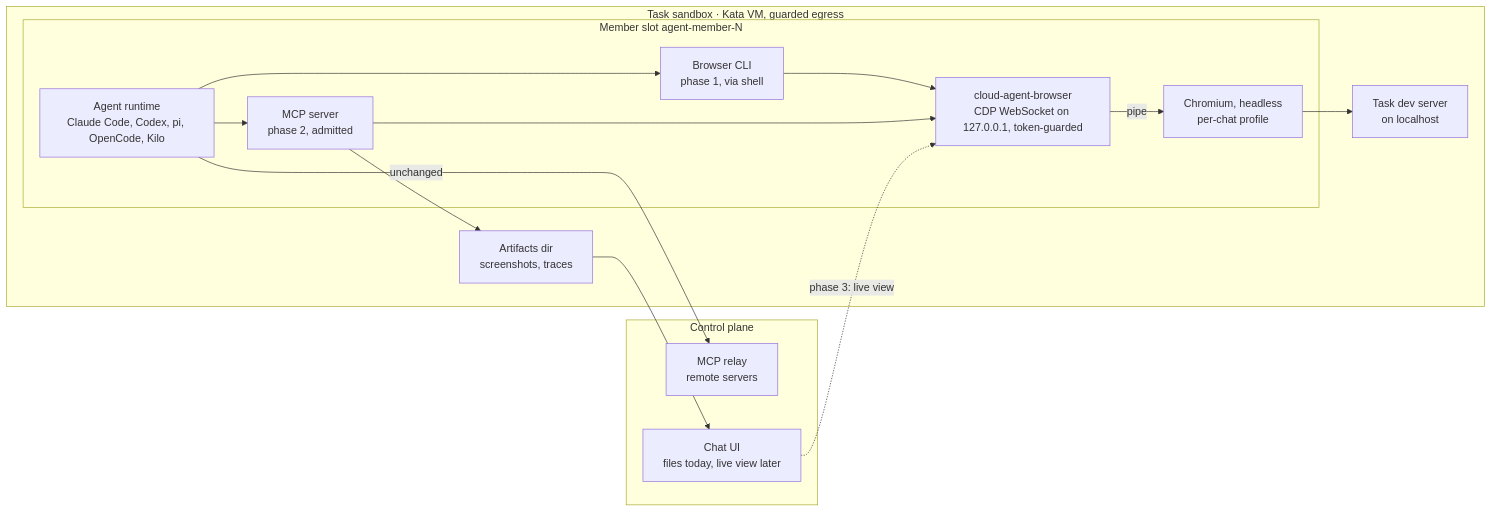
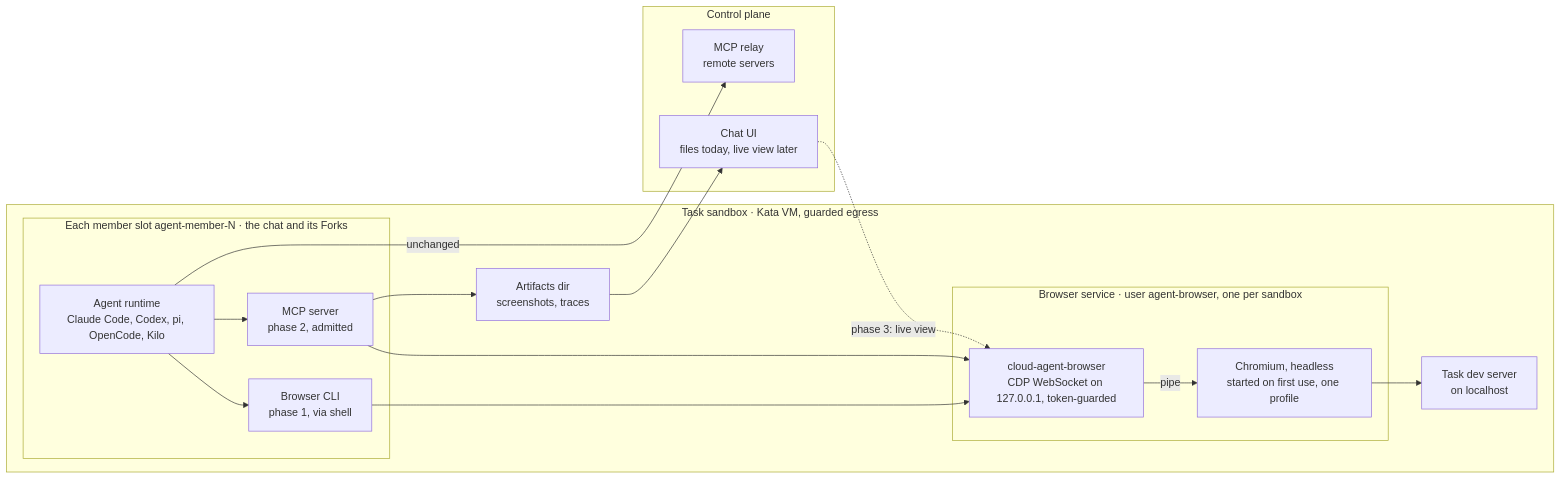
One commit to HarvardMadSys/hybridInference-cloud-agent changed the first of 2 diagrams in docs/agents/specs/2026-11-02-computer-use-base-capability.md. Above: the diagram before and after it, drawn with Mermaid. The commit also changed other lines of this file and 14 other files, not shown here.

````diff
--- a/docs/agents/specs/2026-11-02-computer-use-base-capability.md
+++ b/docs/agents/specs/2026-11-02-computer-use-base-capability.md
@@ -114,28 +114,30 @@
 ```mermaid
 flowchart LR
     subgraph CP["Control plane"]
         relay["MCP relay<br/>remote servers"]
         ui["Chat UI<br/>files today, live view later"]
     end
     subgraph SB["Task sandbox · Kata VM, guarded egress"]
-        subgraph M["Member slot agent-member-N"]
+        subgraph M["Each member slot agent-member-N · the chat and its Forks"]
             rt["Agent runtime<br/>Claude Code, Codex, pi, OpenCode, Kilo"]
             cli["Browser CLI<br/>phase 1, via shell"]
             mcp["MCP server<br/>phase 2, admitted"]
+        end
+        subgraph B["Browser service · user agent-browser, one per sandbox"]
             launcher["cloud-agent-browser<br/>CDP WebSocket on 127.0.0.1, token-guarded"]
-            chrome["Chromium, headless<br/>per-chat profile"]
+            chrome["Chromium, headless<br/>started on first use, one profile"]
         end
         art["Artifacts dir<br/>screenshots, traces"]
         dev["Task dev server<br/>on localhost"]
     end
     rt -- unchanged --> relay
     rt --> cli
     rt --> mcp
     cli --> launcher
     mcp --> launcher
     mcp --> art
     launcher -- pipe --> chrome
     chrome --> dev
     art --> ui
     ui -. "phase 3: live view" .-> launcher
 ```
````
